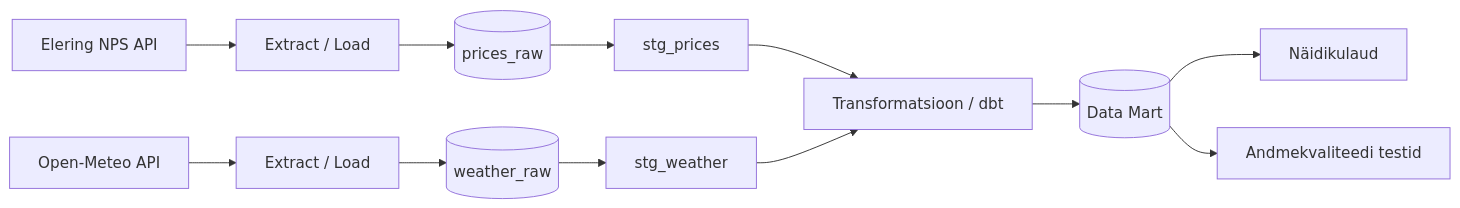
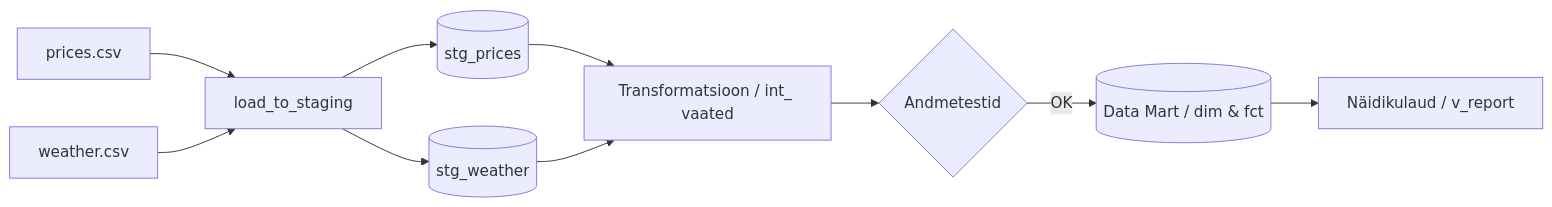
One commit to annniq/energy-weather-pipeline-v1 changed the diagram in docs/arhitektuur.md. Above: the diagram before and after it, drawn with Mermaid.

````diff
--- a/docs/arhitektuur.md
+++ b/docs/arhitektuur.md
@@ -23,23 +23,20 @@
 ```mermaid
 flowchart LR
-    %% Allikad -> Toored tabelid (Extract & Load)
-    api_prices[Elering NPS API] --> extract_prices[Extract / Load]
-    api_weather[Open-Meteo API] --> extract_weather[Extract / Load]
+    %% 1. Allikad (Failid kettal)
+    csv_prices[prices.csv] --> load[load_to_staging]
+    csv_weather[weather.csv] --> load
+
+    %% 2. Staging kiht (Pronks)
+    load --> stg_prices[(stg_prices)]
+    load --> stg_weather[(stg_weather)]
+
+    %% 3. Vahekiht & Kvaliteet (Hõbe)
+    stg_prices --> transform[Transformatsioon / int_ vaated]
+    stg_weather --> transform
     
-    %% Toored tabelid (Raw layer)
-    extract_prices --> prices_raw[(prices_raw)]
-    extract_weather --> weather_raw[(weather_raw)]
+    transform --> quality{Andmetestid}
     
-    %% Raw -> Staging
-    prices_raw --> staging_prices[stg_prices]
-    weather_raw --> staging_weather[stg_weather]
-    
-    %% Staging -> Transformatsioon (Andmete ühitamine)
-    staging_prices --> transform[Transformatsioon / dbt]
-    staging_weather --> transform
-    
-    %% Transform -> Mart -> Väljundid
-    transform --> mart[(Data Mart)]
-    mart --> dashboard[Näidikulaud]
-    mart --> quality[Andmekvaliteedi testid]
+    %% 4. Lõppkiht (Kuld)
+    quality -->|OK| mart[(Data Mart / dim & fct)]
+    mart --> dashboard[Näidikulaud / v_report]
 ```
````
